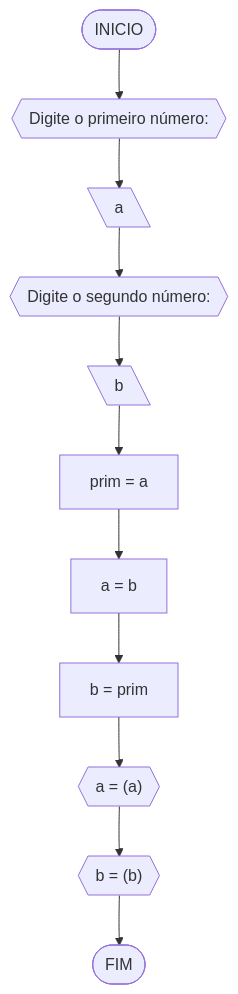
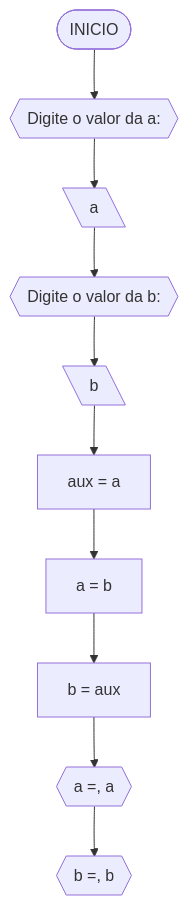
One commit to eryckmike/Unifor changed the first of 8 diagrams in RLA/AV1/Lista_AD1.md. Above: the diagram before and after it, drawn with Mermaid. The commit also changed other lines of this file, not shown here.

````diff
--- a/RLA/AV1/Lista_AD1.md
+++ b/RLA/AV1/Lista_AD1.md
@@ -58,13 +58,12 @@
 ```mermaid
 flowchart TD
-A([INICIO]) --> B{{Digite o primeiro número:}}
+A([INICIO]) --> B{{Digite o valor da a: }}
 B --> C[\a\]
-C --> D{{Digite o segundo número:}}
+C --> D{{Digite o valor da b: }}
 D --> E[\b\]
-E --> F[prim = a]
+E --> F[aux = a]
 F --> G[a = b]
-G --> H[b = prim]
-H --> I{{"a = (a)"}}
-I --> J{{"b = (b)"}}
-J --> Z([FIM])
+G --> H[b = aux]
+H --> I{{"a =", a}}
+I --> J{{"b =", b}}
 ```
````
